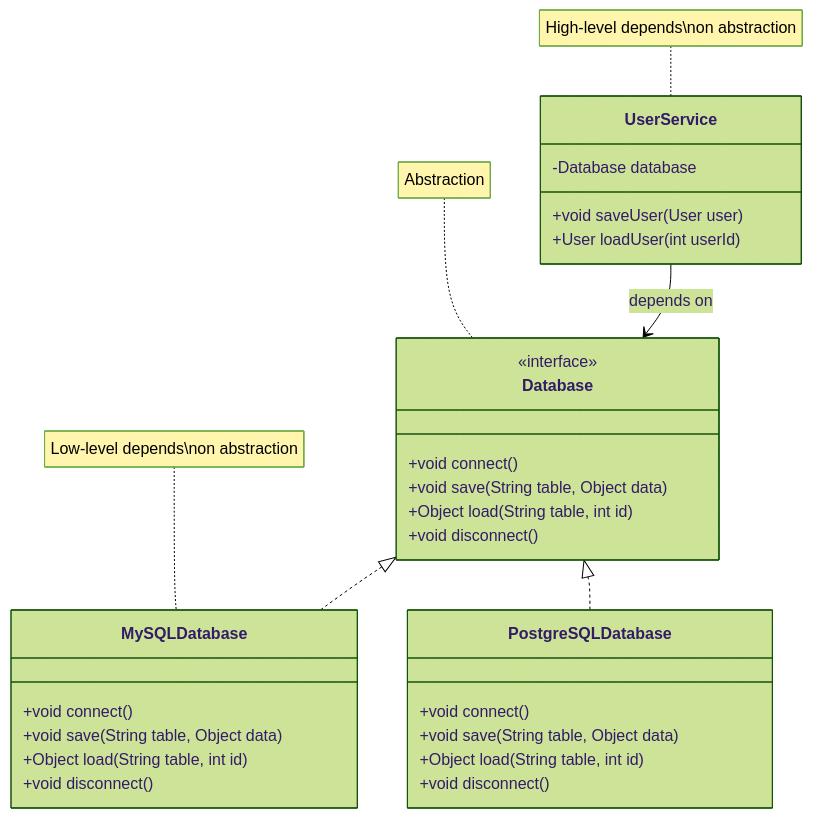
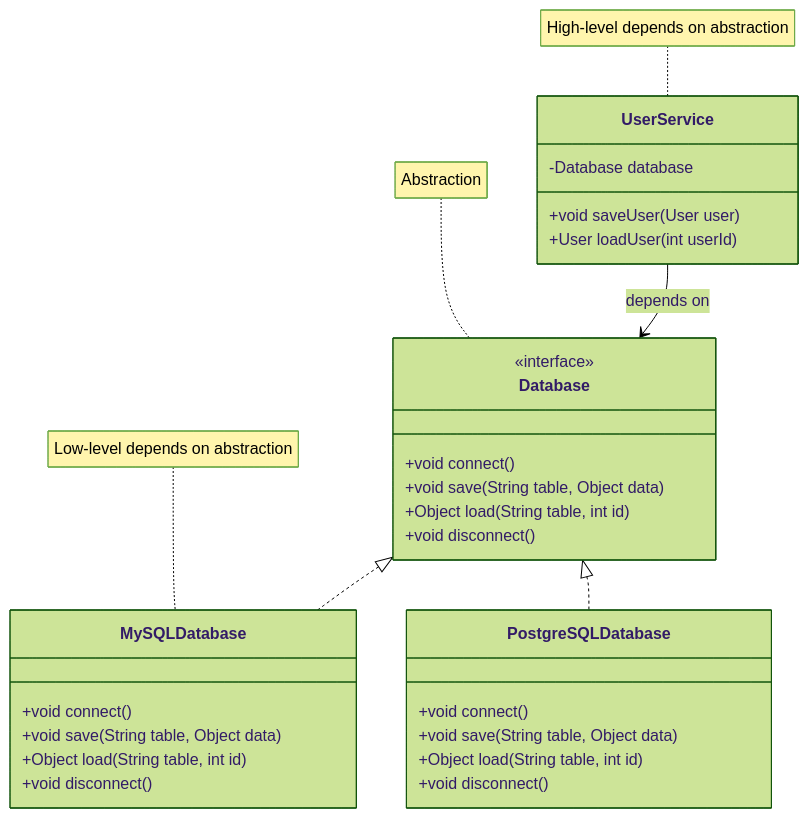
The first of 2 diagrams in Articles/SDT/Design Principles/SOLID/017 Dependency Inversion Principle - Fix.md (TroelsMortensen/Codelabs2), drawn with Mermaid (forest theme) before and after one commit. The commit also changed other lines of this file and 10 other files, not shown here.

````diff
--- a/Articles/SDT/Design Principles/SOLID/017 Dependency Inversion Principle - Fix.md
+++ b/Articles/SDT/Design Principles/SOLID/017 Dependency Inversion Principle - Fix.md
@@ -280,38 +280,38 @@
 ```mermaid
 classDiagram
     class Database {
         <<interface>>
         +void connect()
         +void save(String table, Object data)
         +Object load(String table, int id)
         +void disconnect()
     }
     
     class UserService {
         -Database database
         +void saveUser(User user)
         +User loadUser(int userId)
     }
     
     class MySQLDatabase {
         +void connect()
         +void save(String table, Object data)
         +Object load(String table, int id)
         +void disconnect()
     }
     
     class PostgreSQLDatabase {
         +void connect()
         +void save(String table, Object data)
         +Object load(String table, int id)
         +void disconnect()
     }
     
     UserService --> Database : depends on
     Database <|.. MySQLDatabase
     Database <|.. PostgreSQLDatabase
     
-    note for UserService "High-level depends\non abstraction"
+    note for UserService "High-level depends on abstraction"
     note for Database "Abstraction"
-    note for MySQLDatabase "Low-level depends\non abstraction"
+    note for MySQLDatabase "Low-level depends on abstraction"
 ```
````
